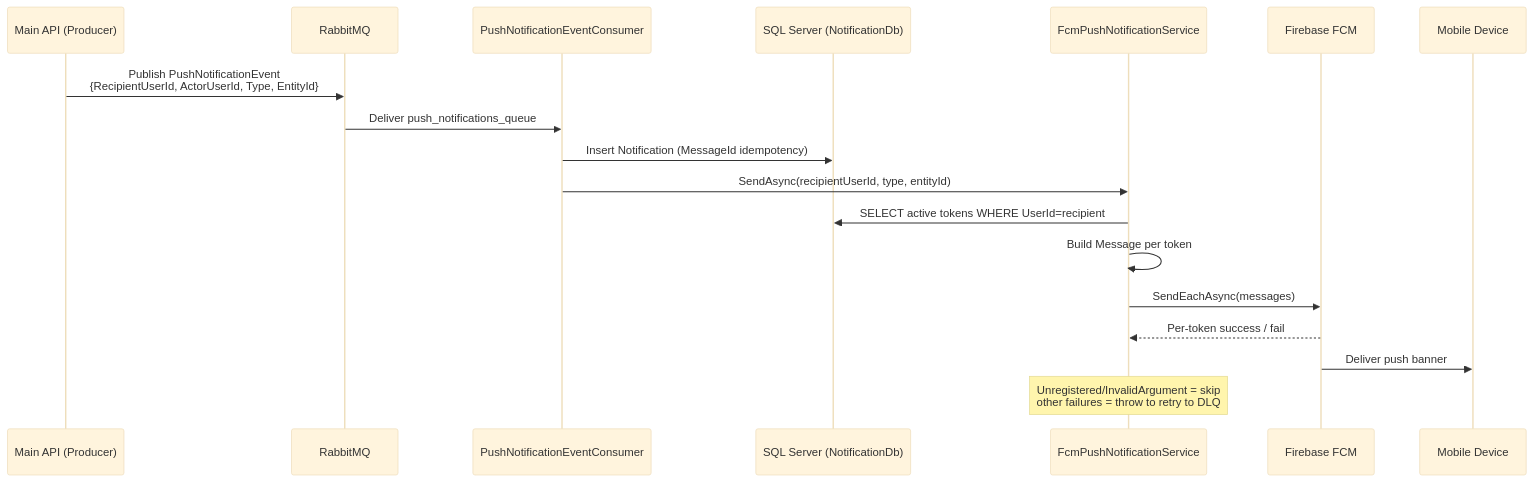
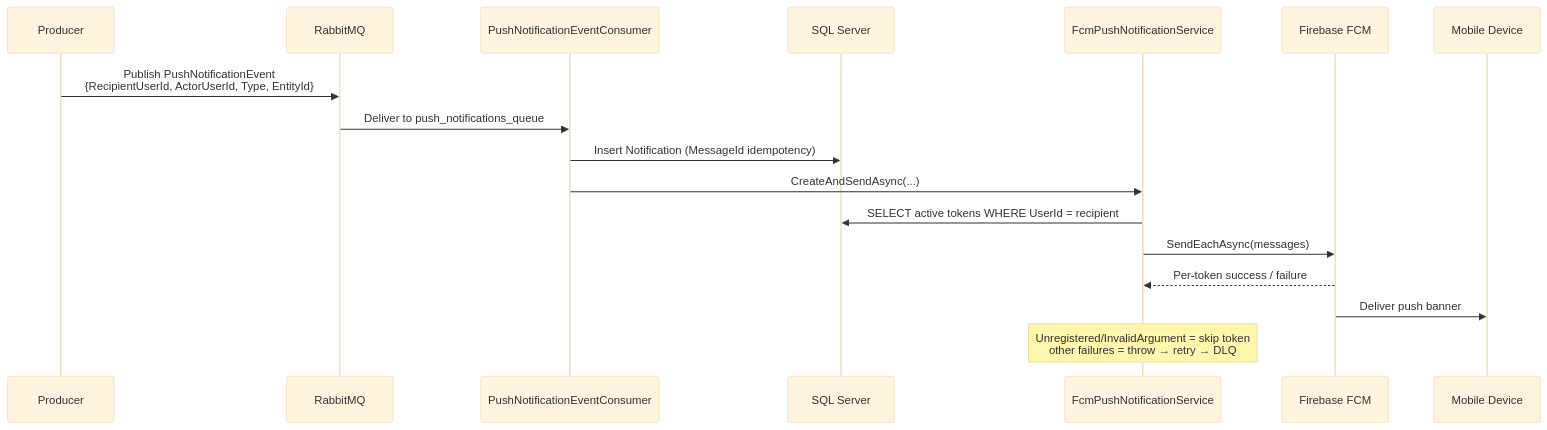
The second of 2 diagrams in README.md (sarthak0401/notification-microservice-cicd-genai), drawn with Mermaid (base theme) before and after one commit. The commit also changed other lines of this file, not shown here.

Commit message:
Rewrite README: accurate setup steps, API reference, reliability model

````diff
--- a/README.md
+++ b/README.md
@@ -59,20 +70,19 @@
 ```mermaid
 sequenceDiagram
-    participant Upstream as Main API (Producer)
+    participant Upstream as Producer
     participant Rabbit as RabbitMQ
     participant Consumer as PushNotificationEventConsumer
-    participant DB as SQL Server (NotificationDb)
+    participant DB as SQL Server
     participant FCMsvc as FcmPushNotificationService
     participant FCM as Firebase FCM
     participant Phone as Mobile Device
     Upstream->>Rabbit: Publish PushNotificationEvent<br/>{RecipientUserId, ActorUserId, Type, EntityId}
-    Rabbit->>Consumer: Deliver push_notifications_queue
+    Rabbit->>Consumer: Deliver to push_notifications_queue
     Consumer->>DB: Insert Notification (MessageId idempotency)
-    Consumer->>FCMsvc: SendAsync(recipientUserId, type, entityId)
-    FCMsvc->>DB: SELECT active tokens WHERE UserId=recipient
-    FCMsvc->>FCMsvc: Build Message per token
+    Consumer->>FCMsvc: CreateAndSendAsync(...)
+    FCMsvc->>DB: SELECT active tokens WHERE UserId = recipient
     FCMsvc->>FCM: SendEachAsync(messages)
-    FCM-->>FCMsvc: Per-token success / fail
+    FCM-->>FCMsvc: Per-token success / failure
     FCM->>Phone: Deliver push banner
-    Note over FCMsvc: Unregistered/InvalidArgument = skip<br/>other failures = throw to retry to DLQ
+    Note over FCMsvc: Unregistered/InvalidArgument = skip token<br/>other failures = throw → retry → DLQ
 ```
````
